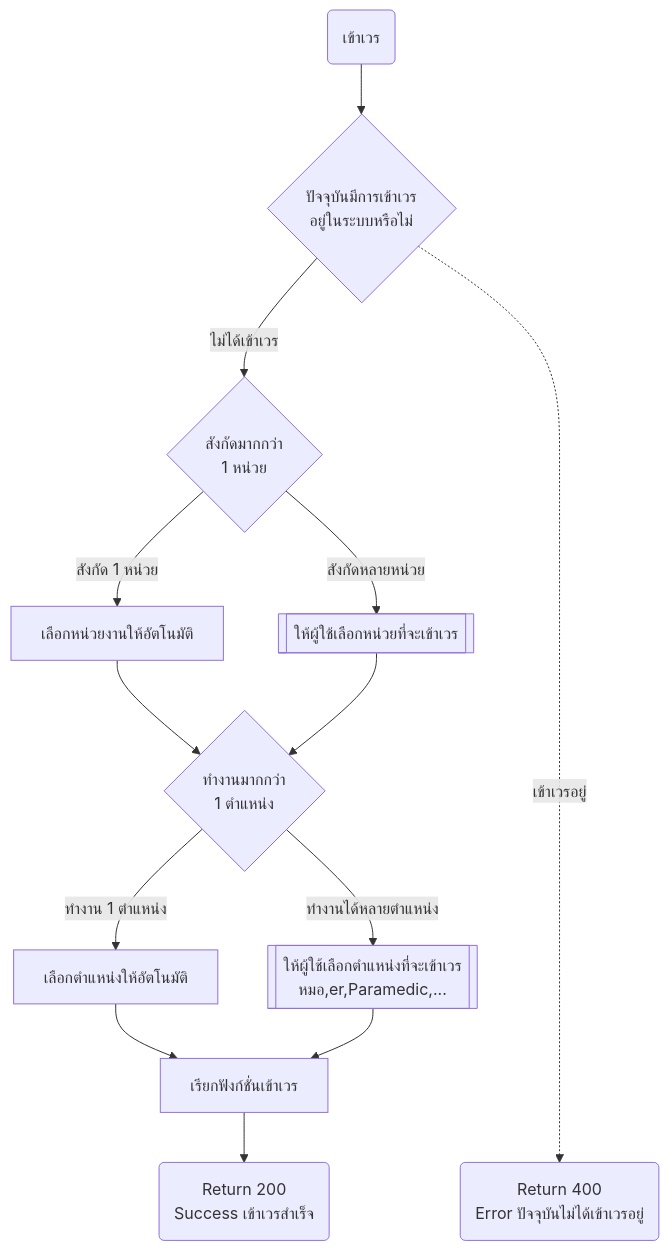
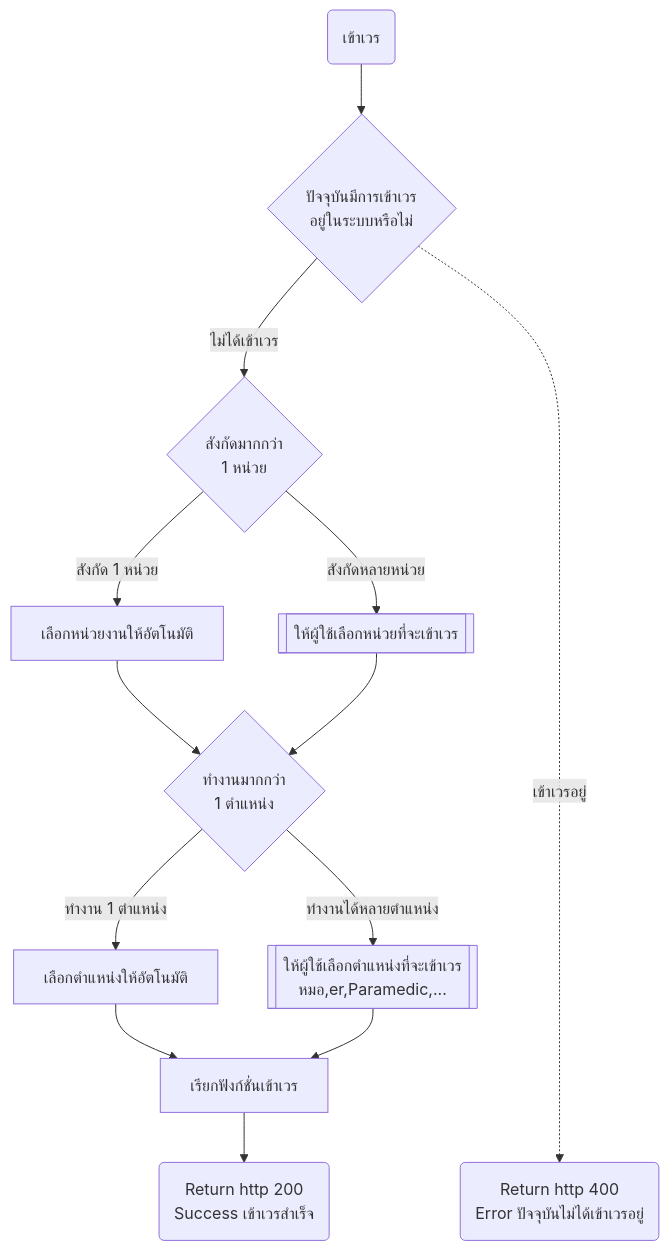
The second of 3 diagrams in CHECKIN.md (lionants02/Mi-DEMS), drawn with Mermaid before and after one commit.

````diff
--- a/CHECKIN.md
+++ b/CHECKIN.md
@@ -31,24 +31,24 @@
 ```mermaid
 flowchart TD
     s("เข้าเวร")
     s-->check{"ปัจจุบันมีการเข้าเวร\nอยู่ในระบบหรือไม่"}
 
     check-->|"ไม่ได้เข้าเวร"|count_org{"สังกัดมากกว่า\n1 หน่วย"}
-    check-......->|"เข้าเวรอยู่"|return_error("Return 400 \nError ปัจจุบันไม่ได้เข้าเวรอยู่")
+    check-......->|"เข้าเวรอยู่"|return_error("Return http 400 \nError ปัจจุบันไม่ได้เข้าเวรอยู่")
 
     count_org-->|"สังกัด 1 หน่วย"|org_one["เลือกหน่วยงานให้อัตโนมัติ"]
     count_org-->|"สังกัดหลายหน่วย"|org_many[["ให้ผู้ใช้เลือกหน่วยที่จะเข้าเวร"]]
 
     count_job{"ทำงานมากกว่า\n1 ตำแหน่ง"}
     org_one-->count_job
     org_many-->count_job
 
     count_job-->|"ทำงาน 1 ตำแหน่ง"|job_one["เลือกตำแหน่งให้อัตโนมัติ"]
     count_job-->|"ทำงานได้หลายตำแหน่ง"|job_many[["ให้ผู้ใช้เลือกตำแหน่งที่จะเข้าเวร\nหมอ,er,Paramedic,..."]]
 
     check_in["เรียกฟังก์ชั่นเข้าเวร"]
     job_one-->check_in
     job_many-->check_in
 
-    check_in-->R("Return 200 \nSuccess เข้าเวรสำเร็จ")
+    check_in-->R("Return http 200 \nSuccess เข้าเวรสำเร็จ")
 ```
````
